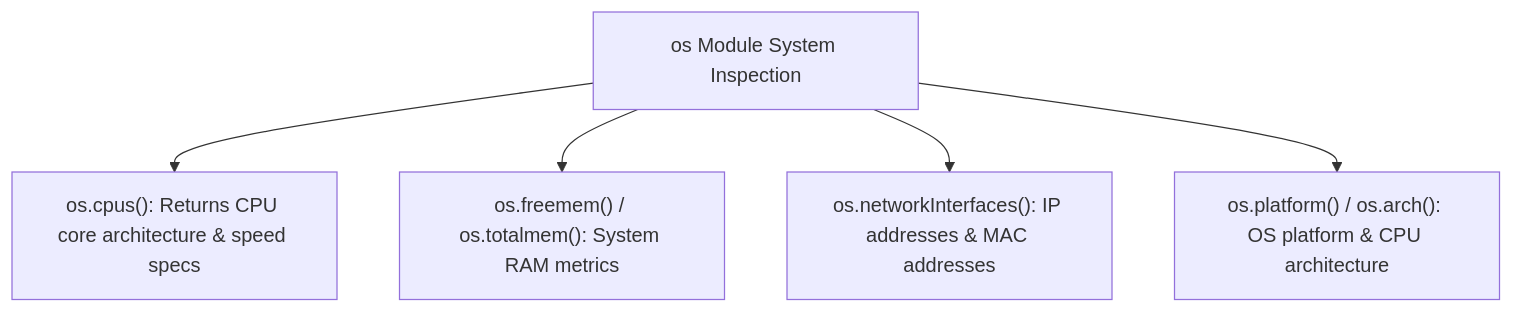
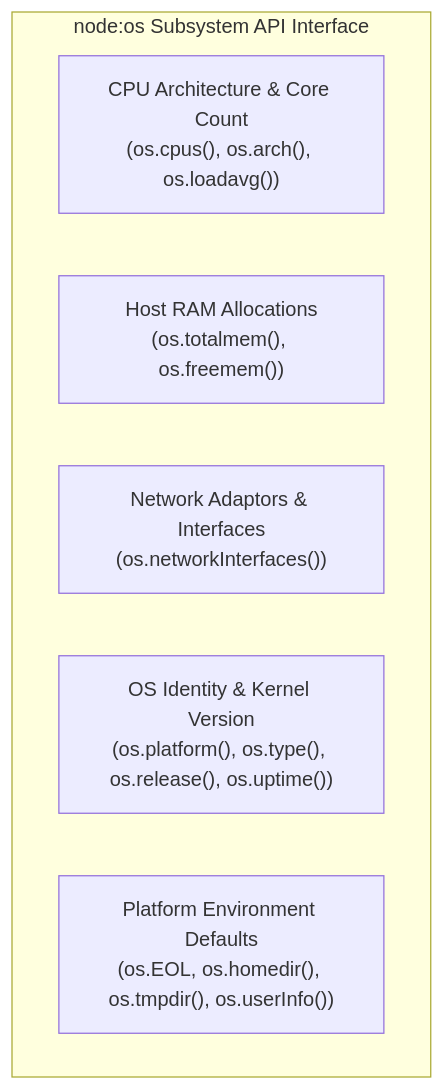
Before and after one commit to Amie-dev/engineering-playbook: the first of 2 diagrams in nodejs-notes/15-os-module.md, drawn with Mermaid. The commit also changed other lines of this file and 32 other files, not shown here.

````diff
--- a/nodejs-notes/15-os-module.md
+++ b/nodejs-notes/15-os-module.md
@@ -10,7 +13,10 @@
 ```mermaid
 graph TD
-    OSModule[os Module System Inspection] --> CPU["os.cpus(): Returns CPU core architecture & speed specs"]
-    OSModule --> Memory["os.freemem() / os.totalmem(): System RAM metrics"]
-    OSModule --> Net["os.networkInterfaces(): IP addresses & MAC addresses"]
-    OSModule --> Env["os.platform() / os.arch(): OS platform & CPU architecture"]
+    subgraph node:os Subsystem API Interface
+        CPUMetrics["CPU Architecture & Core Count<br/>(os.cpus(), os.arch(), os.loadavg())"]
+        MemoryMetrics["Host RAM Allocations<br/>(os.totalmem(), os.freemem())"]
+        NetworkMetrics["Network Adaptors & Interfaces<br/>(os.networkInterfaces())"]
+        SystemInfo["OS Identity & Kernel Version<br/>(os.platform(), os.type(), os.release(), os.uptime())"]
+        PlatformConstants["Platform Environment Defaults<br/>(os.EOL, os.homedir(), os.tmpdir(), os.userInfo())"]
+    end
 ```
````
